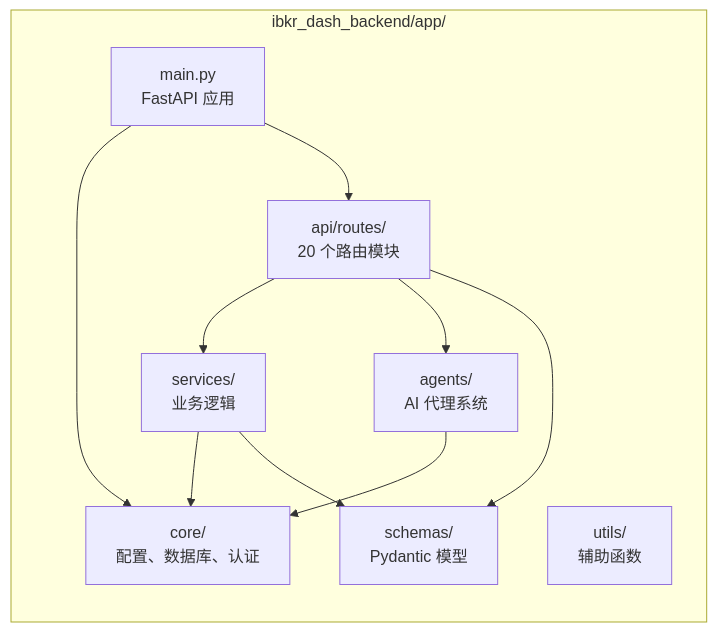
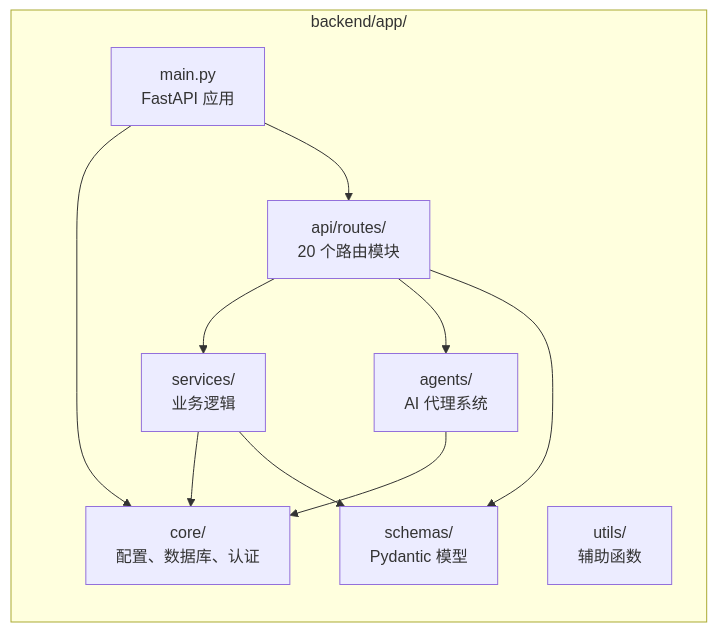
Before and after one commit to XUranus/ibkr-dash: the second of 7 diagrams in docs/i18n/zh-CN/docusaurus-plugin-content-docs/current/architecture/overview.md, drawn with Mermaid. The commit also changed other lines of this file and 373 other files, not shown here.

First line of the commit message:
refactor: rename ibkr_dash_{backend,frontend,worker} to {backend,frontend,worker}

````diff
--- a/docs/i18n/zh-CN/docusaurus-plugin-content-docs/current/architecture/overview.md
+++ b/docs/i18n/zh-CN/docusaurus-plugin-content-docs/current/architecture/overview.md
@@ -82,21 +82,21 @@
 ```mermaid
 graph LR
-    subgraph Backend ["ibkr_dash_backend/app/"]
+    subgraph Backend ["backend/app/"]
         Main["main.py<br/>FastAPI 应用"]
         Core["core/<br/>配置、数据库、认证"]
         API["api/routes/<br/>20 个路由模块"]
         Services["services/<br/>业务逻辑"]
         Agents["agents/<br/>AI 代理系统"]
         Schemas["schemas/<br/>Pydantic 模型"]
         Utils["utils/<br/>辅助函数"]
     end
 
     Main --> Core
     Main --> API
     API --> Services
     API --> Agents
     Services --> Core
     Agents --> Core
     API --> Schemas
     Services --> Schemas
 ```
````
